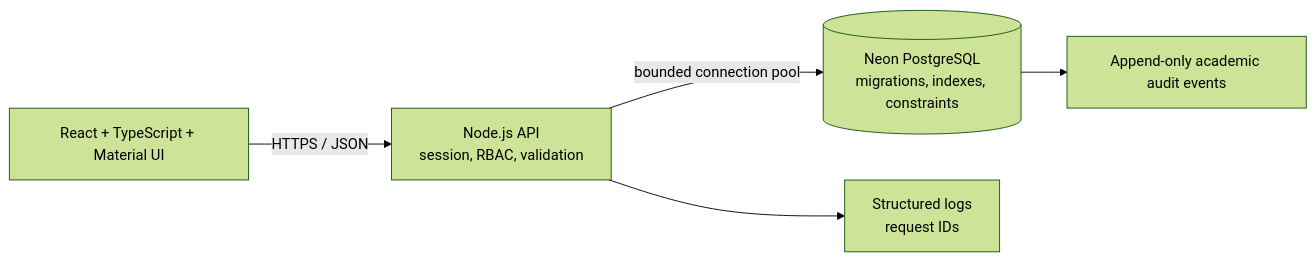
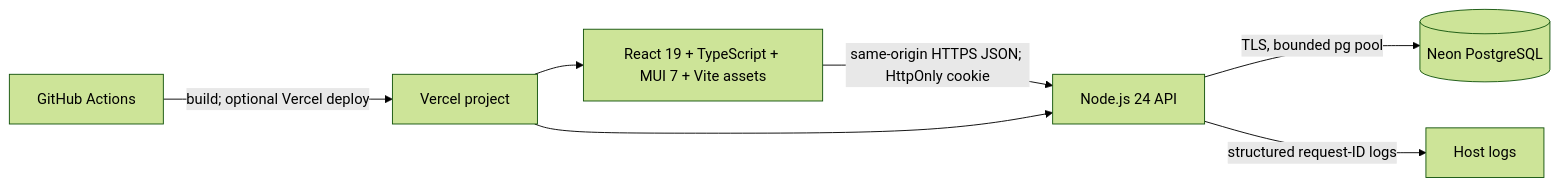
Before and after one commit to OneCHIEF/UEMP: the diagram in TECHNICAL.md, drawn with Mermaid (forest theme). The commit also changed other lines of this file and 1 other file, not shown here.

````diff
--- a/TECHNICAL.md
+++ b/TECHNICAL.md
@@ -7,7 +38,9 @@
 ```mermaid
 flowchart LR
-  Browser[React + TypeScript + Material UI] -->|HTTPS / JSON| API[Node.js API<br/>session, RBAC, validation]
-  API -->|bounded connection pool| Neon[(Neon PostgreSQL<br/>migrations, indexes, constraints)]
-  API --> Logs[Structured logs<br/>request IDs]
-  Neon --> Audit[Append-only academic audit events]
+  Browser[React 19 + TypeScript + MUI 7 + Vite assets] -->|same-origin HTTPS JSON; HttpOnly cookie| API[Node.js 24 API]
+  API -->|TLS, bounded pg pool| Neon[(Neon PostgreSQL)]
+  API -->|structured request-ID logs| RuntimeLogs[Host logs]
+  Actions[GitHub Actions] -->|build; optional Vercel deploy| Vercel[Vercel project]
+  Vercel --> Browser
+  Vercel --> API
 ```
````
